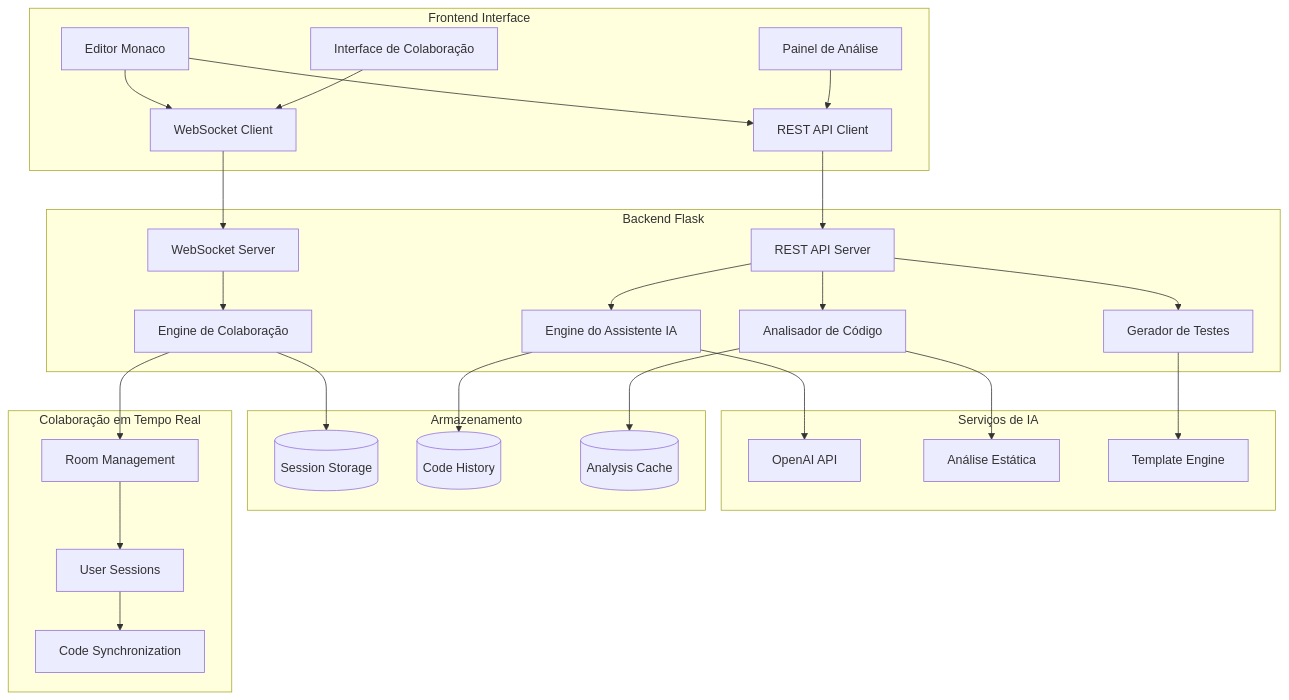
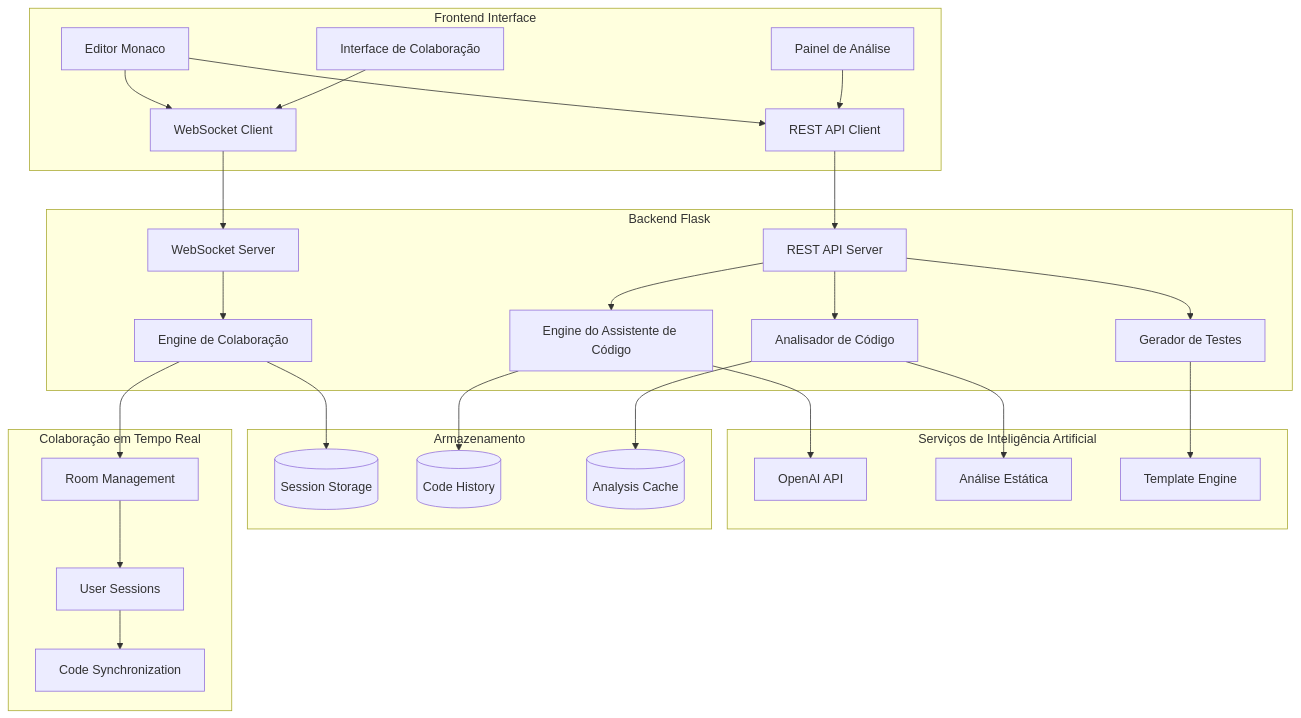
The first of 2 diagrams in README.md (galafis/AI-Code-Assistant), drawn with Mermaid before and after one commit. The commit also changed other lines of this file and 16 other files, not shown here.

````diff
--- a/README.md
+++ b/README.md
@@ -73,36 +77,36 @@
 ```mermaid
 graph TD
     subgraph "Frontend Interface"
         A[Editor Monaco] --> B[WebSocket Client]
         A --> C[REST API Client]
         D[Interface de Colaboração] --> B
         E[Painel de Análise] --> C
     end
 
     subgraph "Backend Flask"
         B --> F[WebSocket Server]
         C --> G[REST API Server]
         F --> H[Engine de Colaboração]
-        G --> I[Engine do Assistente IA]
+        G --> I[Engine do Assistente de Código]
         G --> J[Analisador de Código]
         G --> K[Gerador de Testes]
     end
 
-    subgraph "Serviços de IA"
+    subgraph "Serviços de Inteligência Artificial"
         I --> L[OpenAI API]
         J --> M[Análise Estática]
         K --> N[Template Engine]
     end
 
     subgraph "Armazenamento"
         H --> O[(Session Storage)]
         I --> P[(Code History)]
         J --> Q[(Analysis Cache)]
     end
 
     subgraph "Colaboração em Tempo Real"
         H --> R[Room Management]
         R --> S[User Sessions]
         S --> T[Code Synchronization]
     end
 ```
````
